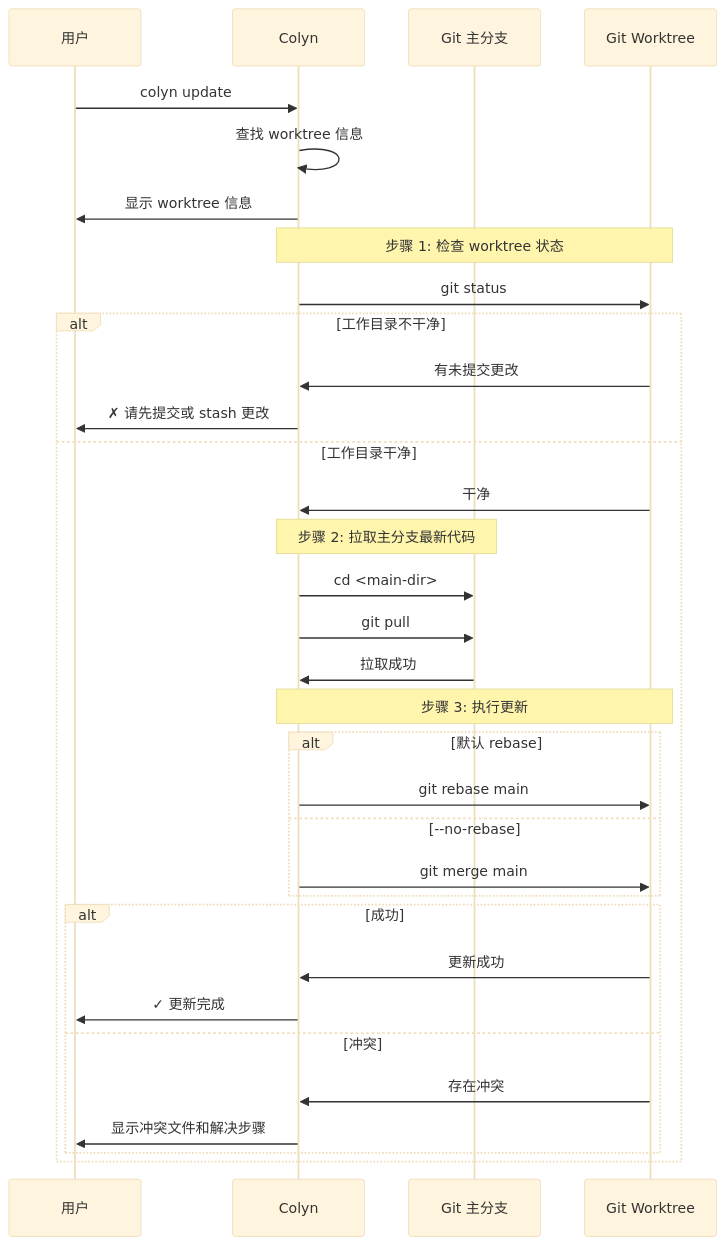
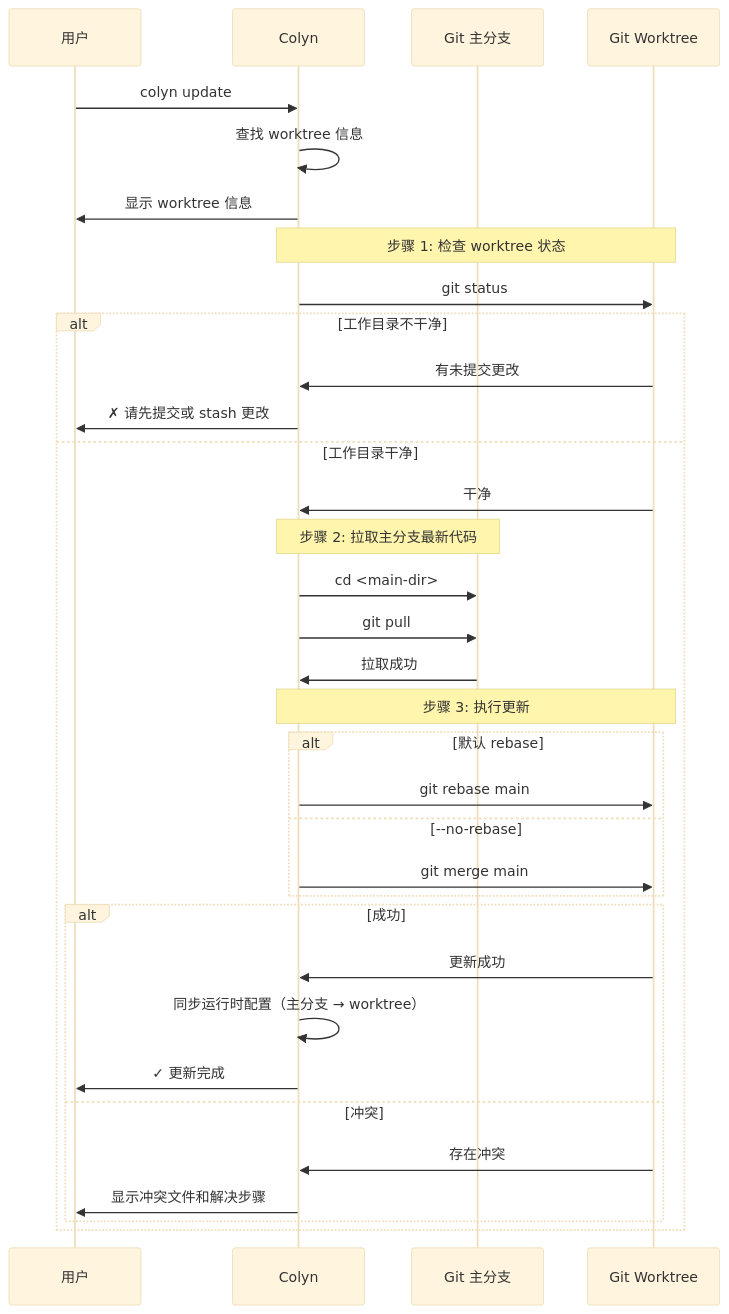
Before and after one commit to colin-han/colyn: the third of 4 diagrams in docs/zh-CN/develop/design/commands/design-update-command.md, drawn with Mermaid (base theme). The commit also changed other lines of this file and 17 other files, not shown here.

````diff
--- a/docs/zh-CN/develop/design/commands/design-update-command.md
+++ b/docs/zh-CN/develop/design/commands/design-update-command.md
@@ -296,42 +296,43 @@
 ```mermaid
 sequenceDiagram
     participant U as 用户
     participant C as Colyn
     participant M as Git 主分支
     participant WT as Git Worktree
 
     U->>C: colyn update
 
     C->>C: 查找 worktree 信息
     C->>U: 显示 worktree 信息
 
     Note over C,WT: 步骤 1: 检查 worktree 状态
     C->>WT: git status
 
     alt 工作目录不干净
         WT->>C: 有未提交更改
         C->>U: ✗ 请先提交或 stash 更改
     else 工作目录干净
         WT->>C: 干净
 
         Note over C,M: 步骤 2: 拉取主分支最新代码
         C->>M: cd <main-dir>
         C->>M: git pull
         M->>C: 拉取成功
 
         Note over C,WT: 步骤 3: 执行更新
         alt 默认 rebase
             C->>WT: git rebase main
         else --no-rebase
             C->>WT: git merge main
         end
 
         alt 成功
             WT->>C: 更新成功
+            C->>C: 同步运行时配置（主分支 → worktree）
             C->>U: ✓ 更新完成
         else 冲突
             WT->>C: 存在冲突
             C->>U: 显示冲突文件和解决步骤
         end
     end
 ```
````
